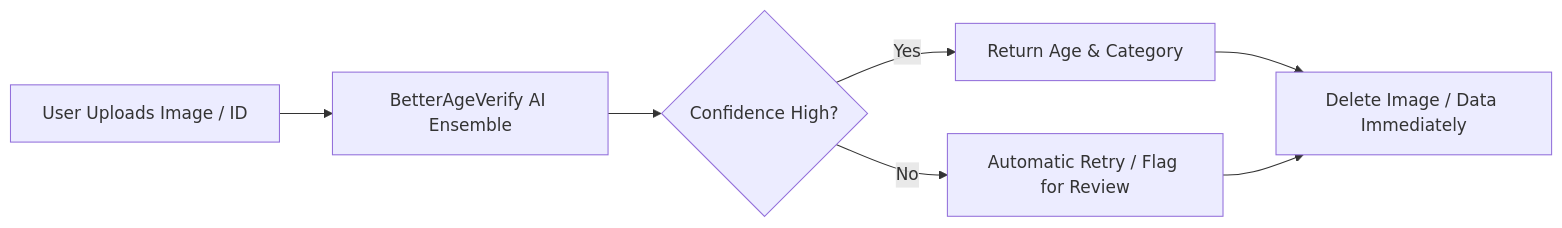
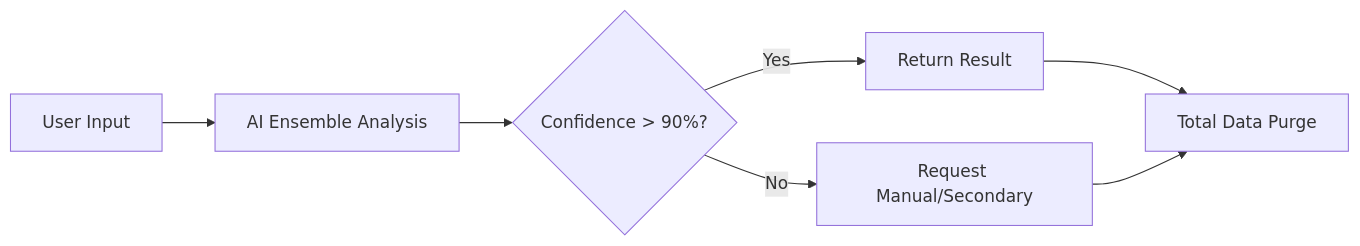
The second of 2 diagrams in README.md (BetterAgeVerify/BetterAgeVerify), drawn with Mermaid before and after one commit. The commit also changed other lines of this file, not shown here.

````diff
--- a/README.md
+++ b/README.md
@@ -198,9 +108,10 @@
 ```mermaid
 graph LR
-A[User Uploads Image / ID] --> B[BetterAgeVerify AI Ensemble]
-B --> C{Confidence High?}
-C -->|Yes| D[Return Age & Category]
-C -->|No| E[Automatic Retry / Flag for Review]
-D --> F[Delete Image / Data Immediately]
-E --> F
+    A[User Input] --> B[AI Ensemble Analysis]
+    B --> C{Confidence > 90%?}
+    C -->|Yes| D[Return Result]
+    C -->|No| E[Request Manual/Secondary]
+    D --> F[Total Data Purge]
+    E --> F
+
 ```
````
